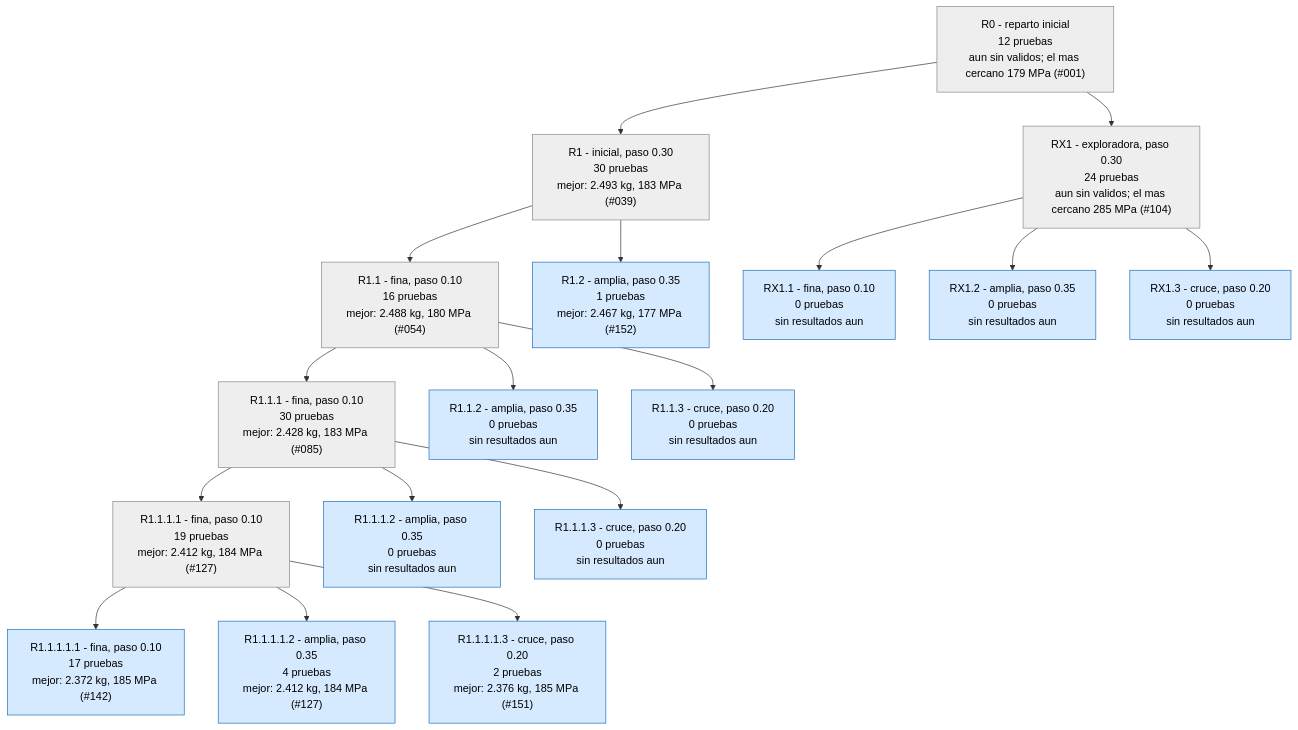
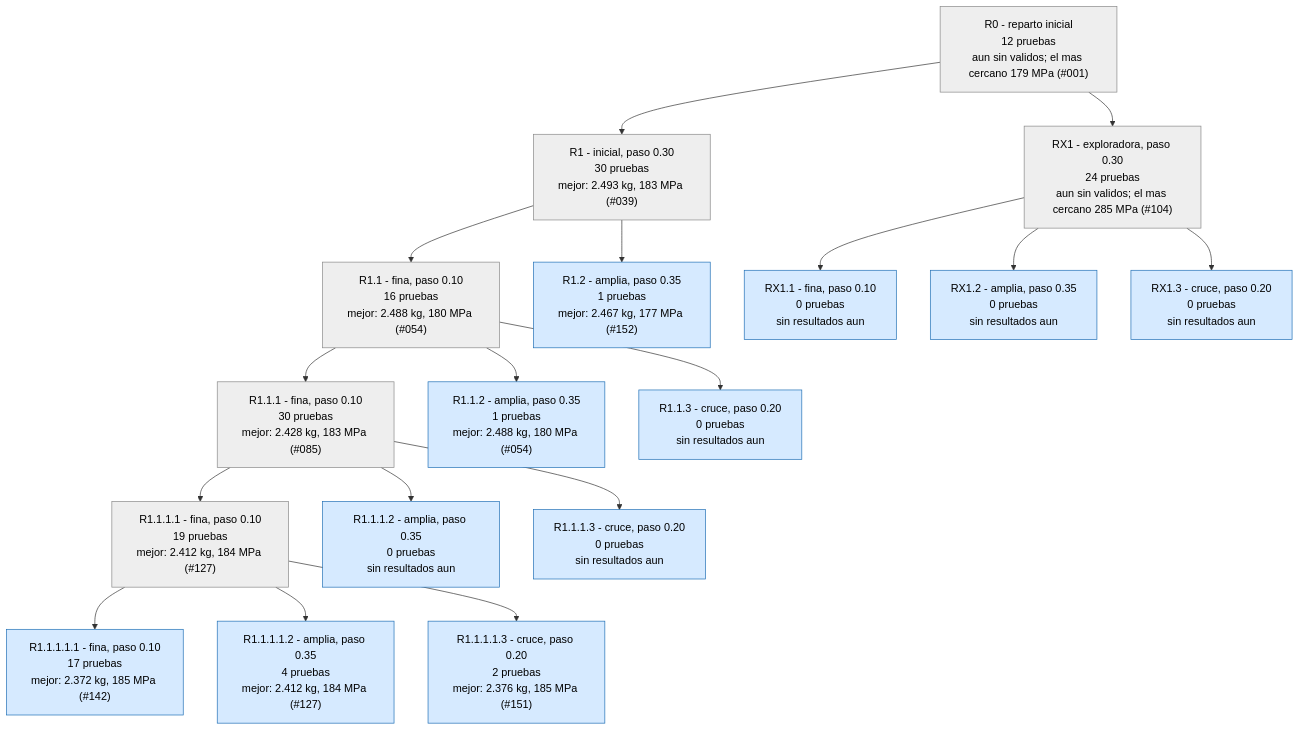
One commit to Hugiko/msd-soporte-optimizacion changed the first of 3 diagrams in runs/opt_37800N/ARBOL.md. Above: the diagram before and after it, drawn with Mermaid. The commit also changed 16 other files, not shown here.

````diff
--- a/runs/opt_37800N/ARBOL.md
+++ b/runs/opt_37800N/ARBOL.md
@@ -9,39 +9,39 @@
 ```mermaid
 graph TD
 classDef activa fill:#d6eaff,stroke:#1f6fb5,color:#000
 classDef fin fill:#eeeeee,stroke:#888,color:#000
 classDef mejor fill:#c8f0c0,stroke:#1a9850,stroke-width:4px,color:#000
 R0["R0 - reparto inicial<br/>12 pruebas<br/>aun sin validos; el mas cercano 179 MPa (#001)"]:::fin
 R1["R1 - inicial, paso 0.30<br/>30 pruebas<br/>mejor: 2.493 kg, 183 MPa (#039)"]:::fin
 R0 --> R1
 R1_1["R1.1 - fina, paso 0.10<br/>16 pruebas<br/>mejor: 2.488 kg, 180 MPa (#054)"]:::fin
 R1 --> R1_1
 R1_2["R1.2 - amplia, paso 0.35<br/>1 pruebas<br/>mejor: 2.467 kg, 177 MPa (#152)"]:::activa
 R1 --> R1_2
 R1_1_1["R1.1.1 - fina, paso 0.10<br/>30 pruebas<br/>mejor: 2.428 kg, 183 MPa (#085)"]:::fin
 R1_1 --> R1_1_1
-R1_1_2["R1.1.2 - amplia, paso 0.35<br/>0 pruebas<br/>sin resultados aun"]:::activa
+R1_1_2["R1.1.2 - amplia, paso 0.35<br/>1 pruebas<br/>mejor: 2.488 kg, 180 MPa (#054)"]:::activa
 R1_1 --> R1_1_2
 R1_1_3["R1.1.3 - cruce, paso 0.20<br/>0 pruebas<br/>sin resultados aun"]:::activa
 R1_1 --> R1_1_3
 R1_1_1_1["R1.1.1.1 - fina, paso 0.10<br/>19 pruebas<br/>mejor: 2.412 kg, 184 MPa (#127)"]:::fin
 R1_1_1 --> R1_1_1_1
 R1_1_1_2["R1.1.1.2 - amplia, paso 0.35<br/>0 pruebas<br/>sin resultados aun"]:::activa
 R1_1_1 --> R1_1_1_2
 R1_1_1_3["R1.1.1.3 - cruce, paso 0.20<br/>0 pruebas<br/>sin resultados aun"]:::activa
 R1_1_1 --> R1_1_1_3
 RX1["RX1 - exploradora, paso 0.30<br/>24 pruebas<br/>aun sin validos; el mas cercano 285 MPa (#104)"]:::fin
 R0 --> RX1
 RX1_1["RX1.1 - fina, paso 0.10<br/>0 pruebas<br/>sin resultados aun"]:::activa
 RX1 --> RX1_1
 RX1_2["RX1.2 - amplia, paso 0.35<br/>0 pruebas<br/>sin resultados aun"]:::activa
 RX1 --> RX1_2
 RX1_3["RX1.3 - cruce, paso 0.20<br/>0 pruebas<br/>sin resultados aun"]:::activa
 RX1 --> RX1_3
 R1_1_1_1_1["R1.1.1.1.1 - fina, paso 0.10<br/>17 pruebas<br/>mejor: 2.372 kg, 185 MPa (#142)"]:::activa
 R1_1_1_1 --> R1_1_1_1_1
 R1_1_1_1_2["R1.1.1.1.2 - amplia, paso 0.35<br/>4 pruebas<br/>mejor: 2.412 kg, 184 MPa (#127)"]:::activa
 R1_1_1_1 --> R1_1_1_1_2
 R1_1_1_1_3["R1.1.1.1.3 - cruce, paso 0.20<br/>2 pruebas<br/>mejor: 2.376 kg, 185 MPa (#151)"]:::activa
 R1_1_1_1 --> R1_1_1_1_3
 ```
````
